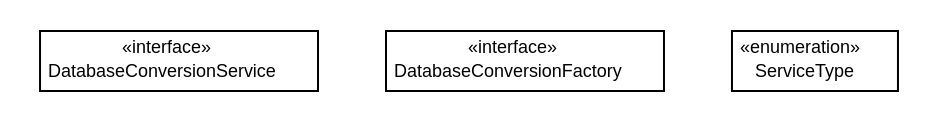
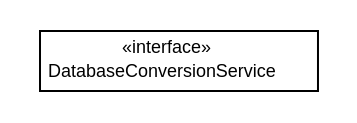
One commit to willmorejg/net.ljcomputing.database changed the diagram in docs/javadoc/apidocs/net/ljcomputing/database/servcie/net.ljcomputing.database.servcie.dot. Above: the diagram before and after it, drawn with Graphviz. The commit also changed 94 other files, not shown here.

```diff
--- a/docs/javadoc/apidocs/net/ljcomputing/database/servcie/net.ljcomputing.database.servcie.dot
+++ b/docs/javadoc/apidocs/net/ljcomputing/database/servcie/net.ljcomputing.database.servcie.dot
@@ -1,33 +1,19 @@
 #!/usr/local/bin/dot
 #
 # Class diagram 
 # Generated by UMLGraph version R5_6 (http://www.umlgraph.org/)
 #
 
 digraph G {
 	edge [fontname="Helvetica",fontsize=10,labelfontname="Helvetica",labelfontsize=10];
 	node [fontname="Helvetica",fontsize=10,shape=plaintext];
 	nodesep=0.25;
 	ranksep=0.5;
 	// net.ljcomputing.database.servcie.DatabaseConversionService
-	c0 [label=<<table title="net.ljcomputing.database.servcie.DatabaseConversionService" border="0" cellborder="1" cellspacing="0" cellpadding="2" port="p" href="./DatabaseConversionService.html">
+	c28 [label=<<table title="net.ljcomputing.database.servcie.DatabaseConversionService" border="0" cellborder="1" cellspacing="0" cellpadding="2" port="p" href="./DatabaseConversionService.html">
 		<tr><td><table border="0" cellspacing="0" cellpadding="1">
 <tr><td align="center" balign="center"> &#171;interface&#187; </td></tr>
 <tr><td align="center" balign="center"> DatabaseConversionService </td></tr>
 		</table></td></tr>
 		</table>>, URL="./DatabaseConversionService.html", fontname="Helvetica", fontcolor="black", fontsize=9.0];
-	// net.ljcomputing.database.servcie.DatabaseConversionFactory
-	c1 [label=<<table title="net.ljcomputing.database.servcie.DatabaseConversionFactory" border="0" cellborder="1" cellspacing="0" cellpadding="2" port="p" href="./DatabaseConversionFactory.html">
-		<tr><td><table border="0" cellspacing="0" cellpadding="1">
-<tr><td align="center" balign="center"> &#171;interface&#187; </td></tr>
-<tr><td align="center" balign="center"> DatabaseConversionFactory </td></tr>
-		</table></td></tr>
-		</table>>, URL="./DatabaseConversionFactory.html", fontname="Helvetica", fontcolor="black", fontsize=9.0];
-	// net.ljcomputing.database.servcie.DatabaseConversionFactory.ServiceType
-	c2 [label=<<table title="net.ljcomputing.database.servcie.DatabaseConversionFactory.ServiceType" border="0" cellborder="1" cellspacing="0" cellpadding="2" port="p" href="./DatabaseConversionFactory.ServiceType.html">
-		<tr><td><table border="0" cellspacing="0" cellpadding="1">
-<tr><td align="center" balign="center"> &#171;enumeration&#187; </td></tr>
-<tr><td align="center" balign="center"> ServiceType </td></tr>
-		</table></td></tr>
-		</table>>, URL="./DatabaseConversionFactory.ServiceType.html", fontname="Helvetica", fontcolor="black", fontsize=9.0];
 }
```
